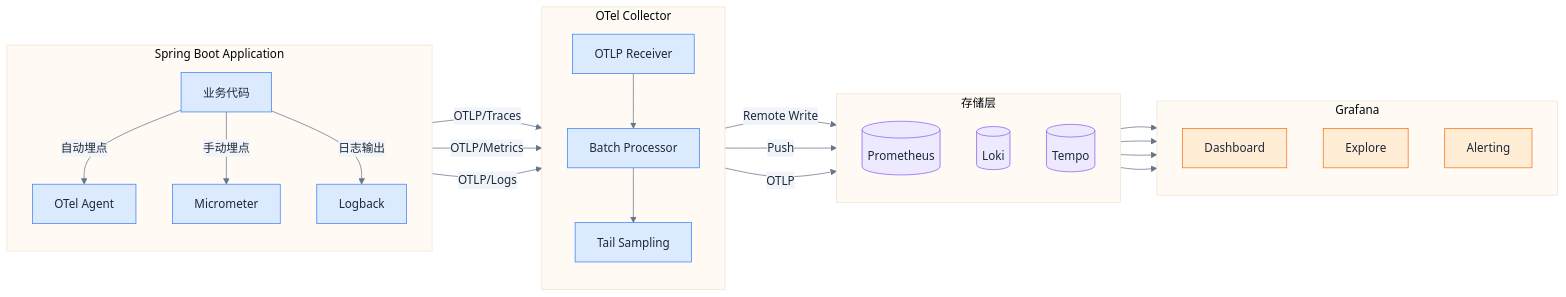
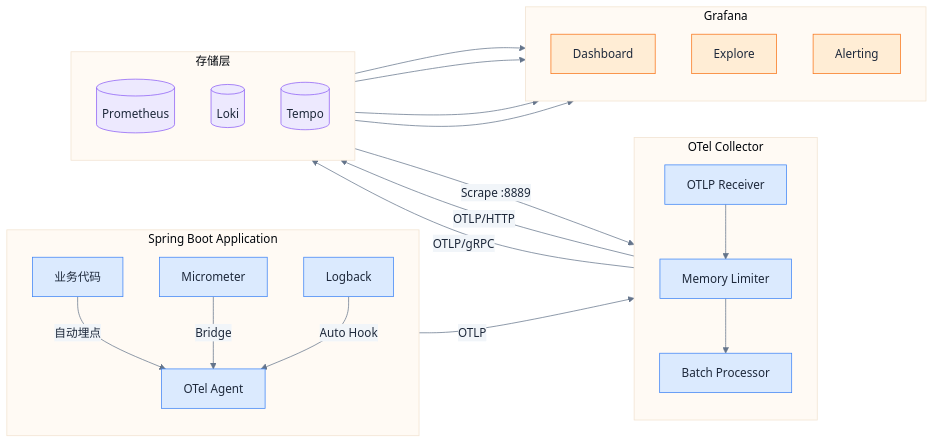
Before and after one commit to linqibin0826/patra: the second of 6 diagrams in patra-api/docs/designs/observability/02-architecture.md, drawn with Mermaid. The commit also changed other lines of this file and 8 other files, not shown here.

````diff
--- a/patra-api/docs/designs/observability/02-architecture.md
+++ b/patra-api/docs/designs/observability/02-architecture.md
@@ -114,68 +114,66 @@
 ```mermaid
 %%{init: {
   'theme': 'base',
   'themeVariables': {
     'primaryColor': '#dbeafe',
     'primaryTextColor': '#1e293b',
     'primaryBorderColor': '#3b82f6',
     'lineColor': '#64748b',
     'edgeLabelBackground': '#f1f5f9'
   }
 }}%%
 flowchart LR
     subgraph App["Spring Boot Application"]
         direction TB
         Code[业务代码]
         Agent[OTel Agent]
         Micrometer[Micrometer]
         Logback[Logback]
     end
 
     subgraph Collector["OTel Collector"]
         direction TB
         OTLP_R[OTLP Receiver]
+        MemLimit[Memory Limiter]
         Batch[Batch Processor]
-        TailSample[Tail Sampling]
     end
 
     subgraph Storage["存储层"]
         direction TB
         Prometheus[(Prometheus)]
         Loki[(Loki)]
         Tempo[(Tempo)]
     end
 
     subgraph Grafana["Grafana"]
         direction TB
         Dashboard[Dashboard]
         Explore[Explore]
         Alert[Alerting]
     end
 
     Code -->|自动埋点| Agent
-    Code -->|手动埋点| Micrometer
-    Code -->|日志输出| Logback
+    Micrometer -->|Bridge| Agent
+    Logback -->|Auto Hook| Agent
 
-    Agent -->|OTLP/Traces| OTLP_R
-    Micrometer -->|OTLP/Metrics| OTLP_R
-    Logback -->|OTLP/Logs| OTLP_R
+    Agent -->|OTLP| OTLP_R
 
-    OTLP_R --> Batch
-    Batch --> TailSample
+    OTLP_R --> MemLimit
+    MemLimit --> Batch
 
-    TailSample -->|Remote Write| Prometheus
-    TailSample -->|Push| Loki
-    TailSample -->|OTLP| Tempo
+    Prometheus -->|Scrape :8889| Batch
+    Batch -->|OTLP/HTTP| Loki
+    Batch -->|OTLP/gRPC| Tempo
 
     Prometheus --> Dashboard
     Loki --> Explore
     Tempo --> Explore
     Prometheus --> Alert
 
     classDef default fill:#dbeafe,stroke:#3b82f6,color:#1e293b;
     classDef storage fill:#ede9fe,stroke:#8b5cf6,color:#1e293b;
     classDef viz fill:#ffedd5,stroke:#f97316,color:#1e293b;
 
     class Prometheus,Loki,Tempo storage;
     class Dashboard,Explore,Alert viz;
 ```
````
